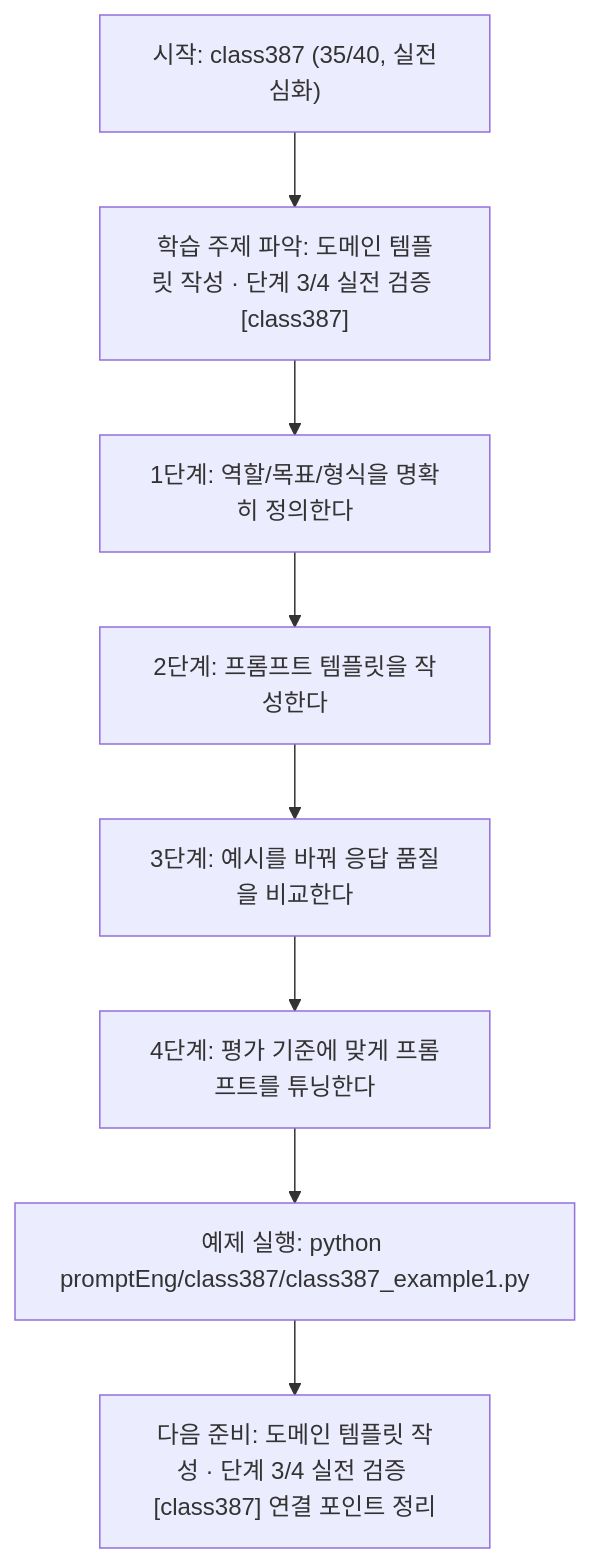
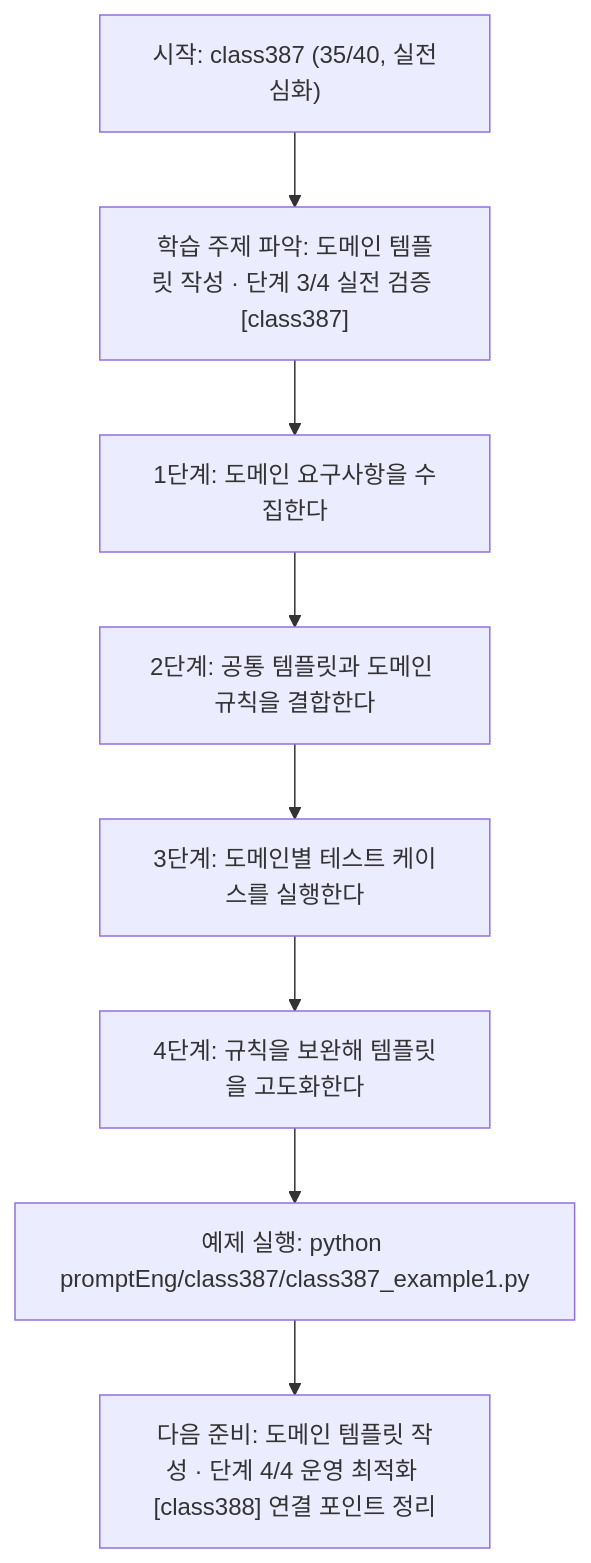
Before and after one commit to edumgt/Python-AI_Agent-Class: the diagram in promptEng/class387/class387.md, drawn with Mermaid. The commit also changed other lines of this file and 283 other files, not shown here.

````diff
--- a/promptEng/class387/class387.md
+++ b/promptEng/class387/class387.md
@@ -110,18 +91,18 @@
 ```mermaid
 flowchart TD
 N1["시작: class387 (35/40, 실전심화)"]
 N2["학습 주제 파악: 도메인 템플릿 작성 · 단계 3/4 실전 검증 [class387]"]
-N3["1단계: 역할/목표/형식을 명확히 정의한다"]
-N4["2단계: 프롬프트 템플릿을 작성한다"]
-N5["3단계: 예시를 바꿔 응답 품질을 비교한다"]
-N6["4단계: 평가 기준에 맞게 프롬프트를 튜닝한다"]
+N3["1단계: 도메인 요구사항을 수집한다"]
+N4["2단계: 공통 템플릿과 도메인 규칙을 결합한다"]
+N5["3단계: 도메인별 테스트 케이스를 실행한다"]
+N6["4단계: 규칙을 보완해 템플릿을 고도화한다"]
 N7["예제 실행: python promptEng/class387/class387_example1.py"]
-N8["다음 준비: 도메인 템플릿 작성 · 단계 3/4 실전 검증 [class387] 연결 포인트 정리"]
+N8["다음 준비: 도메인 템플릿 작성 · 단계 4/4 운영 최적화 [class388] 연결 포인트 정리"]
 N1 --> N2
 N2 --> N3
 N3 --> N4
 N4 --> N5
 N5 --> N6
 N6 --> N7
 N7 --> N8
 ```
````
